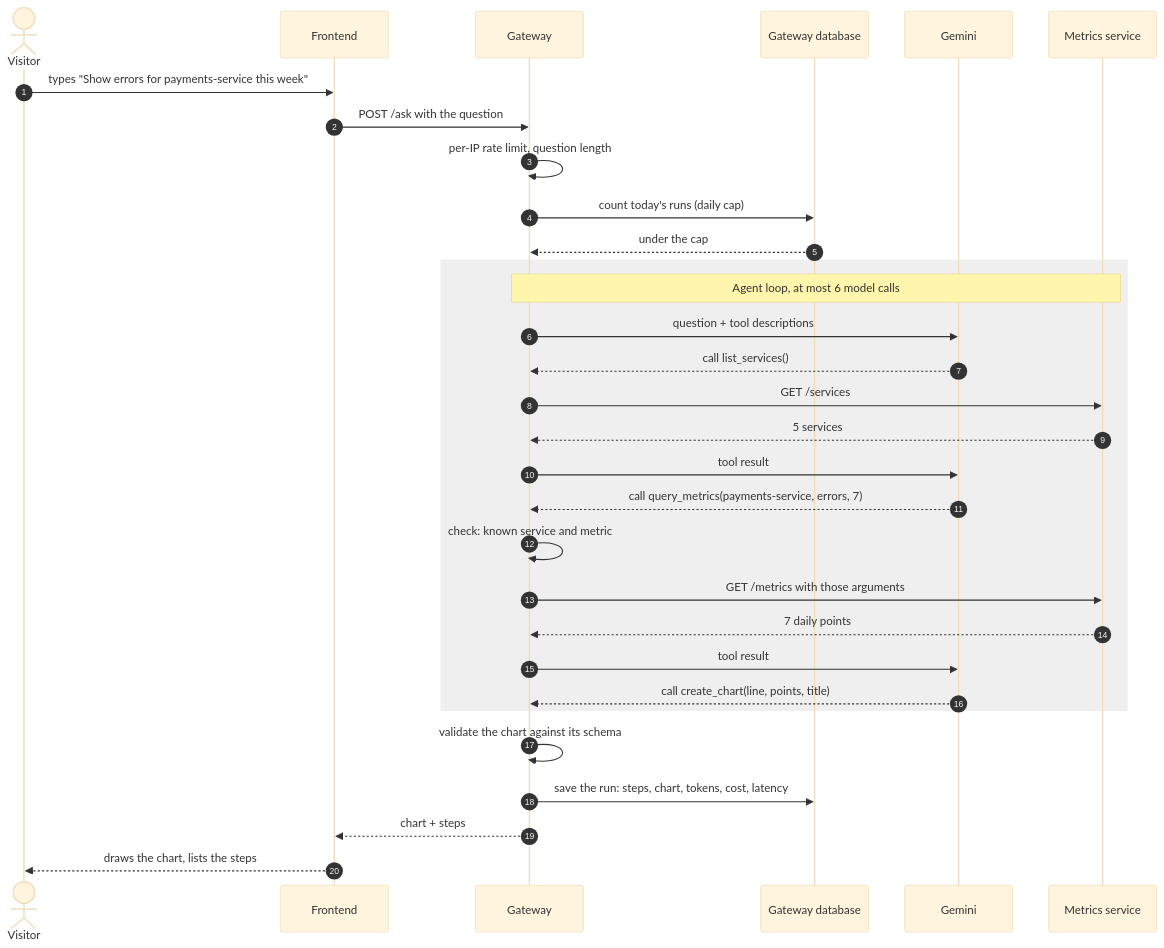
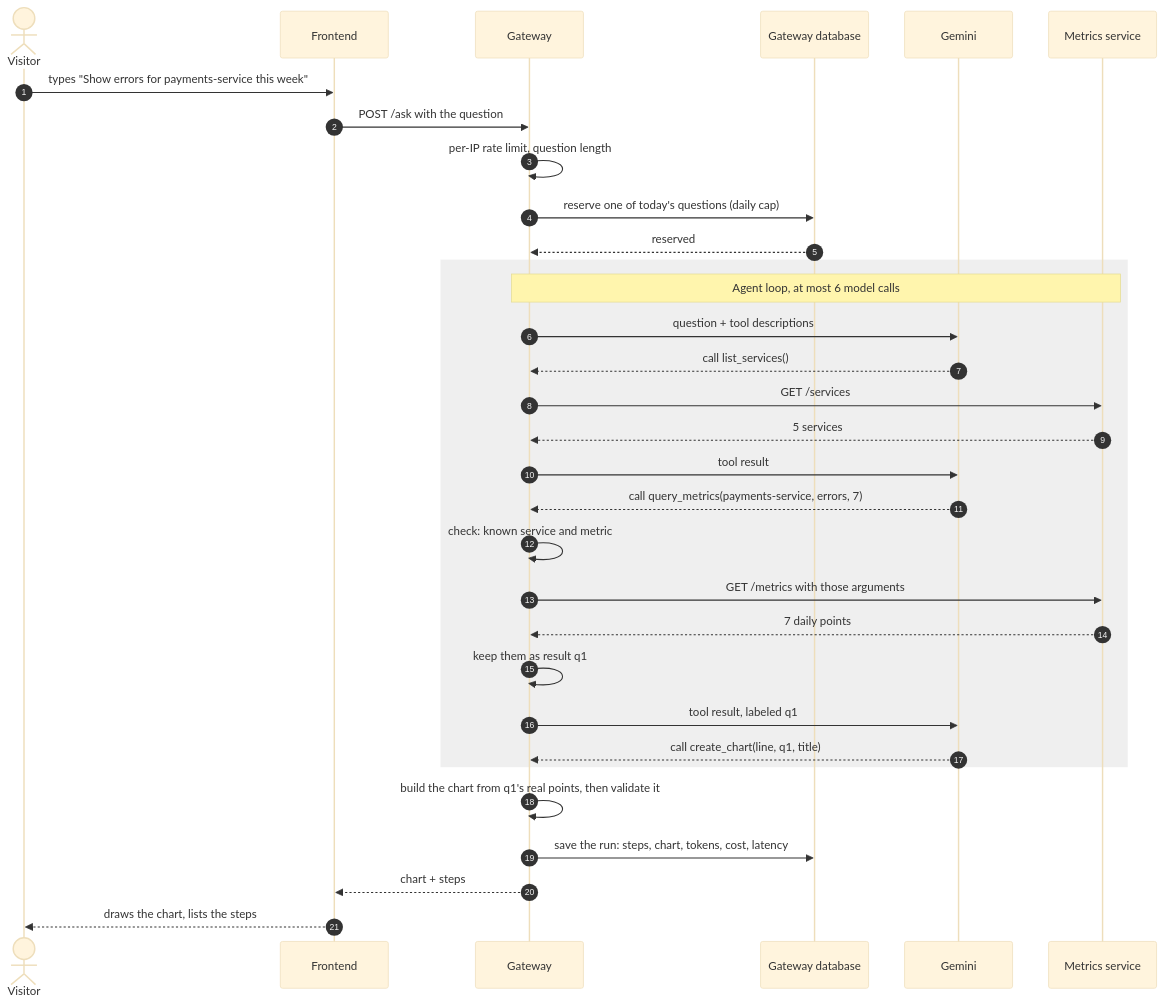
The third of 5 diagrams in docs/design.md (vovadyach/dashgen), drawn with Mermaid (base theme) before and after one commit. The commit also changed other lines of this file and 4 other files, not shown here.

Commit message:
docs: reserve the daily cap atomically and build chart data in code; add make fmt

````diff
--- a/docs/design.md
+++ b/docs/design.md
@@ -159,34 +159,35 @@
 ```mermaid
 sequenceDiagram
     autonumber
     actor V as Visitor
     participant F as Frontend
     participant G as Gateway
     participant DB as Gateway database
     participant LLM as Gemini
     participant M as Metrics service
 
     V->>F: types "Show errors for payments-service this week"
     F->>G: POST /ask with the question
     G->>G: per-IP rate limit, question length
-    G->>DB: count today's runs (daily cap)
-    DB-->>G: under the cap
+    G->>DB: reserve one of today's questions (daily cap)
+    DB-->>G: reserved
     rect rgba(127, 127, 127, 0.12)
         Note over G,M: Agent loop, at most 6 model calls
         G->>LLM: question + tool descriptions
         LLM-->>G: call list_services()
         G->>M: GET /services
         M-->>G: 5 services
         G->>LLM: tool result
         LLM-->>G: call query_metrics(payments-service, errors, 7)
         G->>G: check: known service and metric
         G->>M: GET /metrics with those arguments
         M-->>G: 7 daily points
-        G->>LLM: tool result
-        LLM-->>G: call create_chart(line, points, title)
+        G->>G: keep them as result q1
+        G->>LLM: tool result, labeled q1
+        LLM-->>G: call create_chart(line, q1, title)
     end
-    G->>G: validate the chart against its schema
+    G->>G: build the chart from q1's real points, then validate it
     G->>DB: save the run: steps, chart, tokens, cost, latency
     G-->>F: chart + steps
     F-->>V: draws the chart, lists the steps
 ```
````
